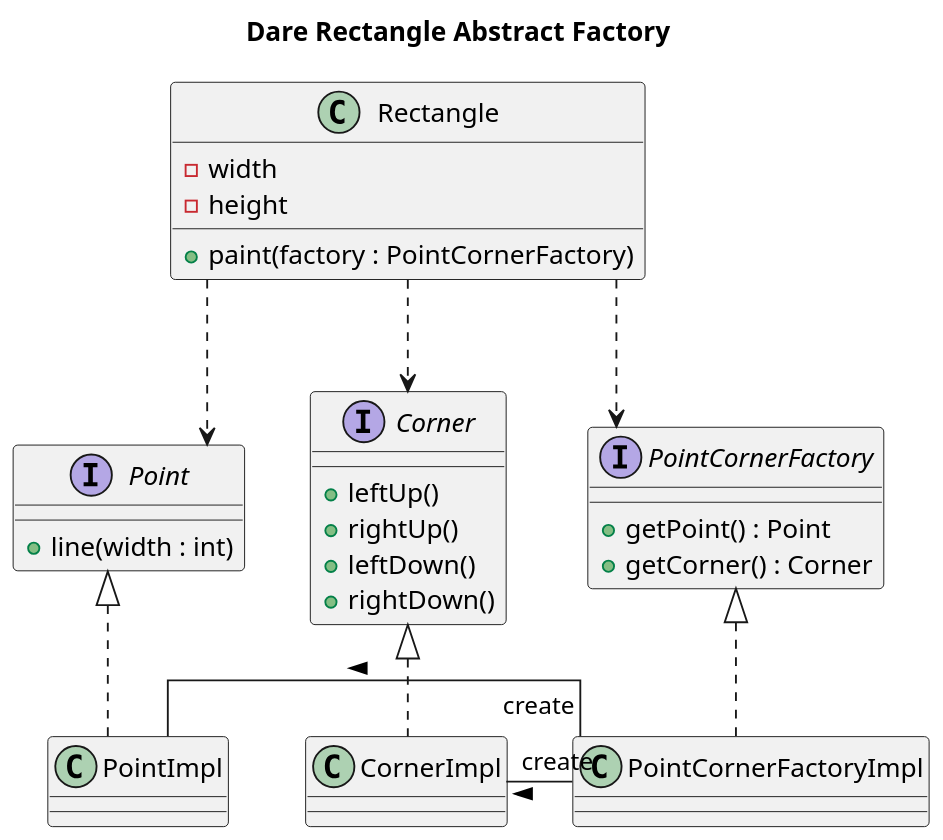
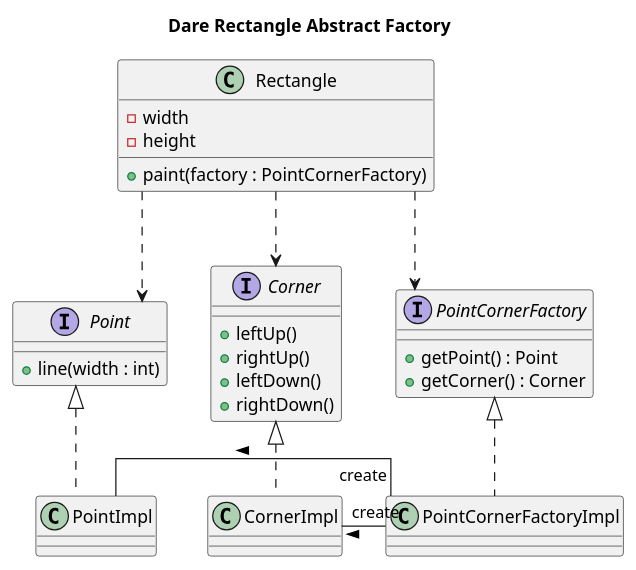
The diagram in Factory/resources/AbstractFactory_drawRectangle.puml (jarchen/java-design-pattern), drawn with PlantUML before and after one commit. The commit also changed 8 other files, not shown here.

```diff
--- a/Factory/resources/AbstractFactory_drawRectangle.puml
+++ b/Factory/resources/AbstractFactory_drawRectangle.puml
@@ -1,46 +1,46 @@
 @startuml
 skinparam linetype ortho
 
 title Dare Rectangle Abstract Factory
-scale 1.5
+'scale 1.5
 
 class Rectangle {
     - width
     - height
     + paint(factory : PointCornerFactory)
 }
 
 together {
     interface PointCornerFactory {
             + getPoint() : Point
             + getCorner() : Corner
         }
     class PointCornerFactoryImpl implements PointCornerFactory
 }
 
 together {
     interface Corner {
         + leftUp()
         + rightUp()
         + leftDown()
         + rightDown()
     }
     class CornerImpl implements Corner
 }
 
 together {
     interface Point {
         + line(width : int)
     }
     class PointImpl implements Point
 }
 
 Rectangle ..> PointCornerFactory
 Rectangle .> Point
 Rectangle .> Corner
 
 
 PointCornerFactoryImpl - PointImpl : "create">
 PointCornerFactoryImpl - CornerImpl : "create">
 
 @enduml
```
